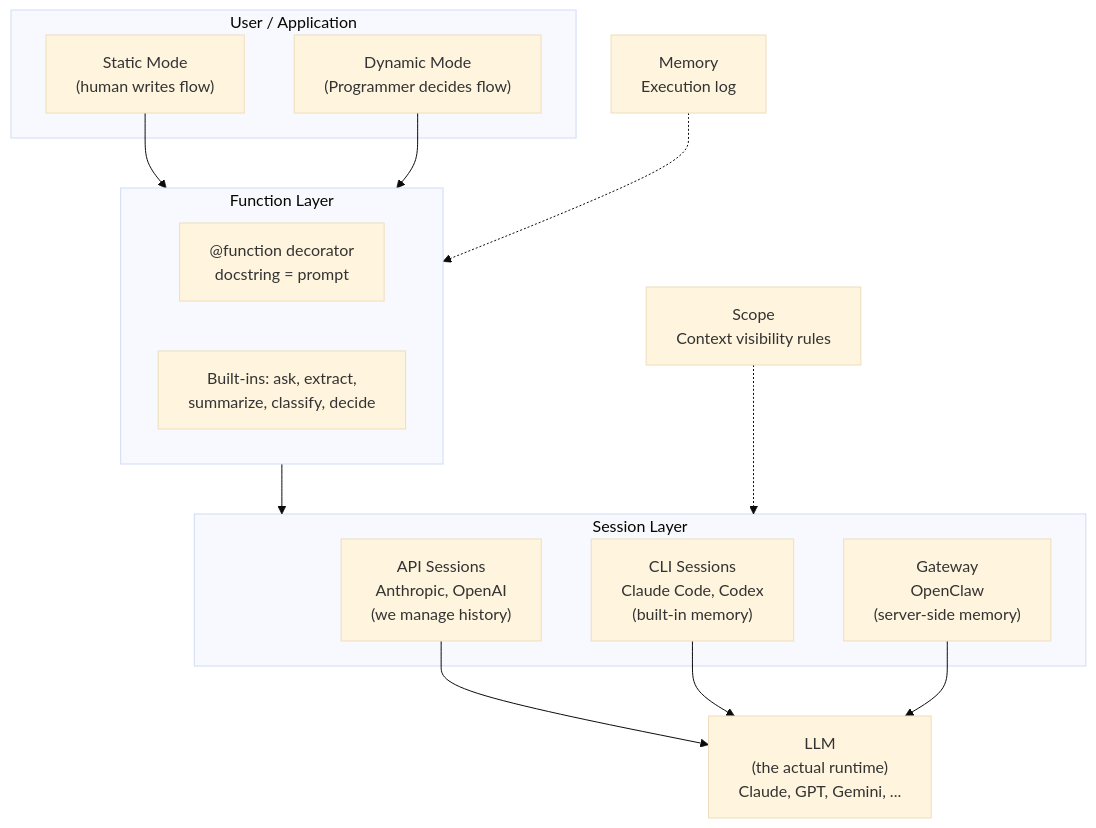
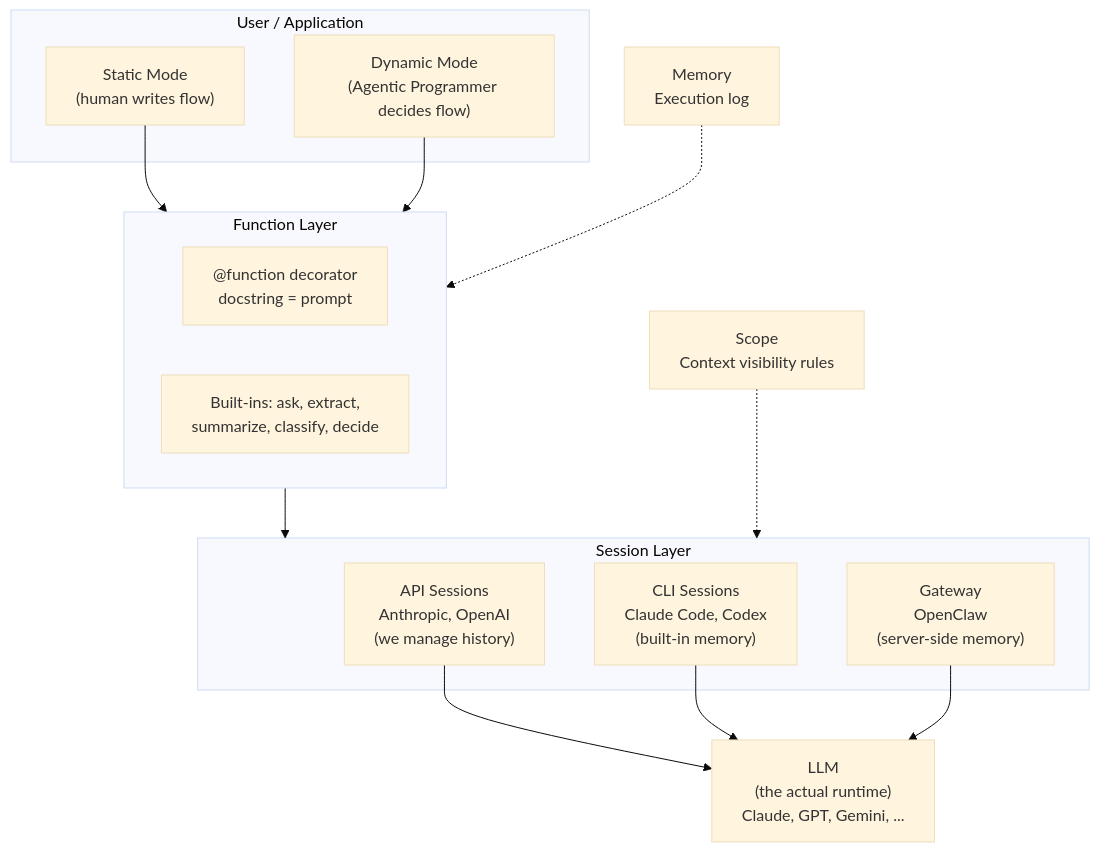
The first of 9 diagrams in docs/DESIGN.md (Fzkuji/OpenProgram), drawn with Mermaid (base theme) before and after one commit. The commit also changed other lines of this file, not shown here.

Commit message:
Rename to Agentic Programmer

````diff
--- a/docs/DESIGN.md
+++ b/docs/DESIGN.md
@@ -9,33 +9,33 @@
 ```mermaid
 graph TB
     subgraph User["User / Application"]
         Static["Static Mode<br/>(human writes flow)"]
-        Dynamic["Dynamic Mode<br/>(Programmer decides flow)"]
+        Dynamic["Dynamic Mode<br/>(Agentic Programmer decides flow)"]
     end
 
     subgraph Functions["Function Layer"]
         Decorator["@function decorator<br/>docstring = prompt"]
         Builtins["Built-ins: ask, extract,<br/>summarize, classify, decide"]
     end
 
     subgraph Sessions["Session Layer"]
         API["API Sessions<br/>Anthropic, OpenAI<br/>(we manage history)"]
         CLI["CLI Sessions<br/>Claude Code, Codex<br/>(built-in memory)"]
         GW["Gateway<br/>OpenClaw<br/>(server-side memory)"]
     end
 
     LLM["LLM<br/>(the actual runtime)<br/>Claude, GPT, Gemini, ..."]
 
     Static --> Functions
     Dynamic --> Functions
     Functions --> Sessions
     API --> LLM
     CLI --> LLM
     GW --> LLM
 
     Scope["Scope<br/>Context visibility rules"]
     Memory["Memory<br/>Execution log"]
 
     Scope -.-> Sessions
     Memory -.-> Functions
 ```
````
